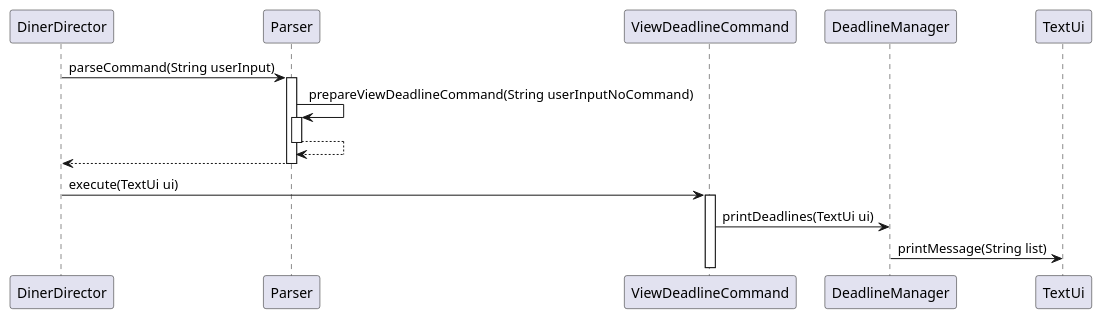
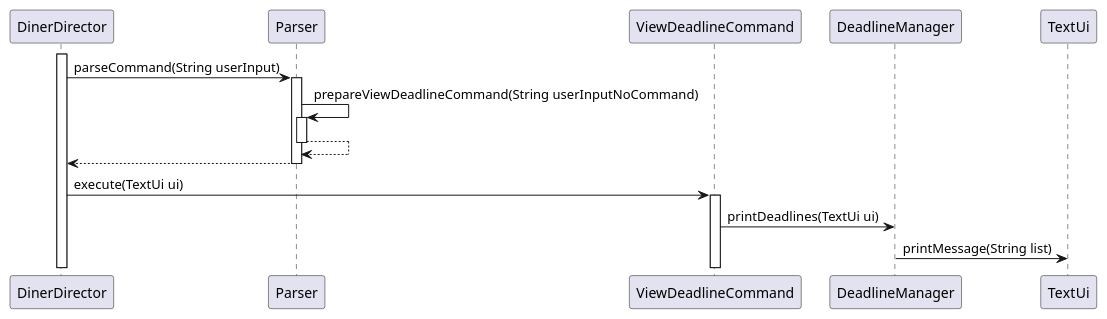
One commit to nus-cs2113-AY2223S2/tp changed the diagram in docs/uml/ViewDeadlineDiagram.puml. Above: the diagram before and after it, drawn with PlantUML. The commit also changed 1 other file, not shown here.

```diff
--- a/docs/uml/ViewDeadlineDiagram.puml
+++ b/docs/uml/ViewDeadlineDiagram.puml
@@ -1,22 +1,24 @@
 @startuml
 'https://plantuml.com/sequence-diagram
+
+activate DinerDirector
 
 DinerDirector -> Parser: parseCommand(String userInput)
 activate Parser
 
 Parser -> Parser: prepareViewDeadlineCommand(String userInputNoCommand)
 activate Parser
 Parser --> Parser
 deactivate Parser
 
 Parser --> DinerDirector
 deactivate Parser
 
 DinerDirector -> ViewDeadlineCommand: execute(TextUi ui)
 activate ViewDeadlineCommand
 
 ViewDeadlineCommand -> DeadlineManager: printDeadlines(TextUi ui)
 
 DeadlineManager -> TextUi: printMessage(String list)
 
 @enduml
```
